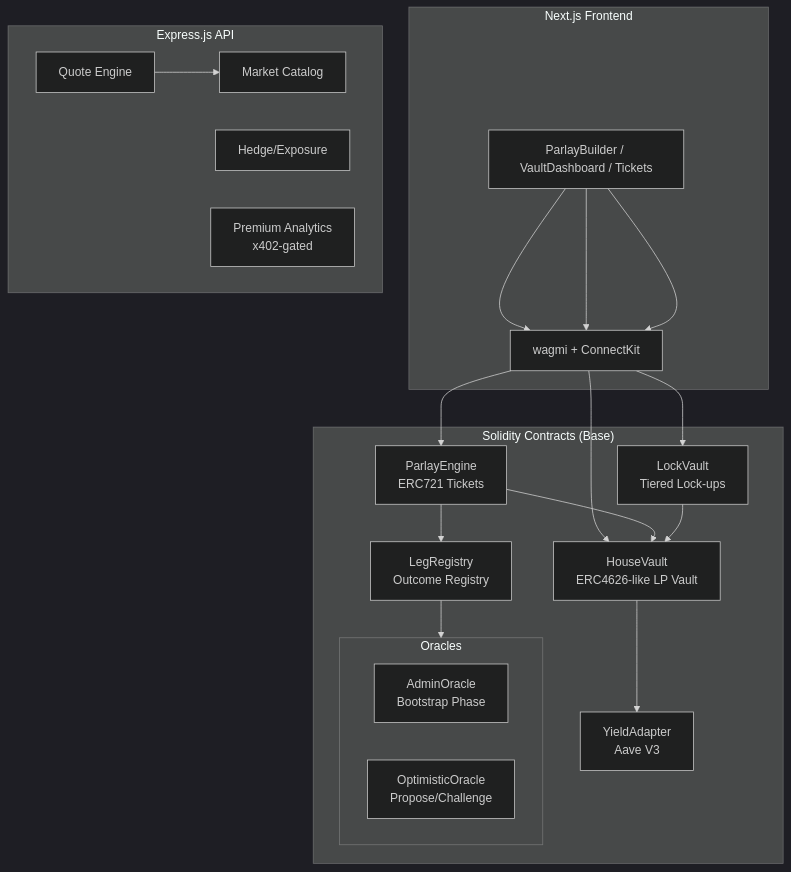
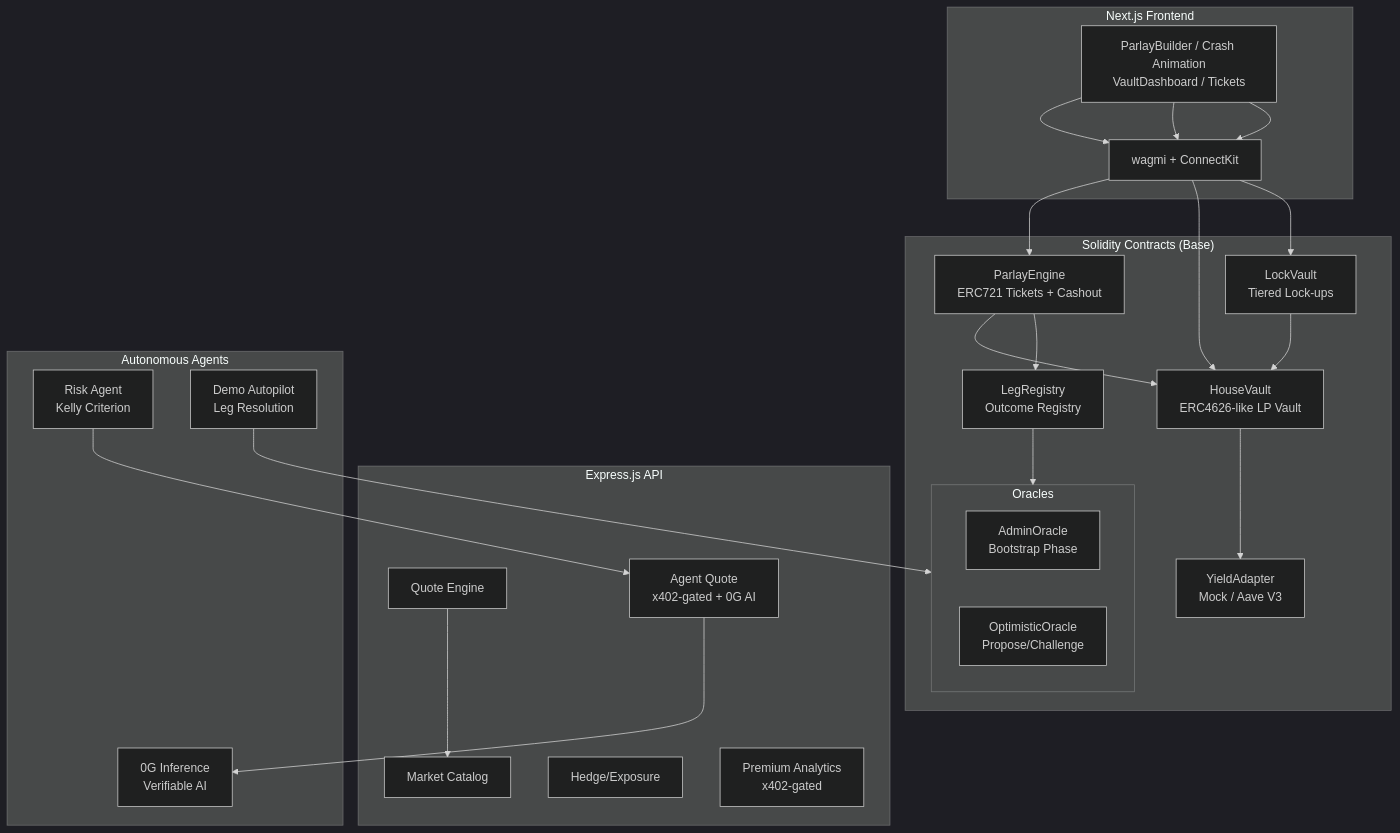
Before and after one commit to roman-popenov/parlaycity: the third of 7 diagrams in README.md, drawn with Mermaid (dark theme). The commit also changed other lines of this file, not shown here.

````diff
--- a/README.md
+++ b/README.md
@@ -37,37 +87,47 @@
 ```mermaid
 graph TB
     subgraph Frontend ["Next.js Frontend"]
-        UI[ParlayBuilder / VaultDashboard / Tickets]
+        UI[ParlayBuilder / Crash Animation<br/>VaultDashboard / Tickets]
         WG[wagmi + ConnectKit]
     end
 
     subgraph Contracts ["Solidity Contracts (Base)"]
-        PE[ParlayEngine<br/>ERC721 Tickets]
+        PE[ParlayEngine<br/>ERC721 Tickets + Cashout]
         HV[HouseVault<br/>ERC4626-like LP Vault]
         LR[LegRegistry<br/>Outcome Registry]
         LV[LockVault<br/>Tiered Lock-ups]
-        YA[YieldAdapter<br/>Aave V3]
+        YA[YieldAdapter<br/>Mock / Aave V3]
 
         subgraph Oracles
             AO[AdminOracle<br/>Bootstrap Phase]
             OO[OptimisticOracle<br/>Propose/Challenge]
         end
     end
 
     subgraph Services ["Express.js API"]
         QE[Quote Engine]
         MK[Market Catalog]
         HE[Hedge/Exposure]
         PM[Premium Analytics<br/>x402-gated]
+        AQ[Agent Quote<br/>x402-gated + 0G AI]
+    end
+
+    subgraph Agents ["Autonomous Agents"]
+        RA[Risk Agent<br/>Kelly Criterion]
+        ZG[0G Inference<br/>Verifiable AI]
+        AP[Demo Autopilot<br/>Leg Resolution]
     end
 
     UI --> WG --> PE
     UI --> WG --> HV
     UI --> WG --> LV
     PE --> HV
     PE --> LR
     LR --> Oracles
     HV --> YA
     LV --> HV
     QE --> MK
+    RA --> AQ
+    AQ --> ZG
+    AP --> Oracles
 ```
````
